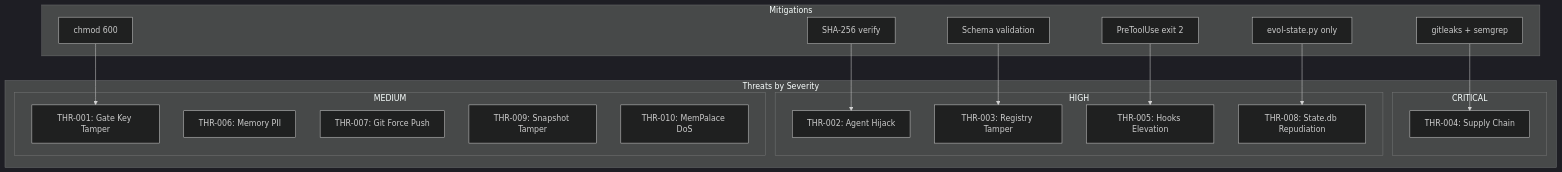
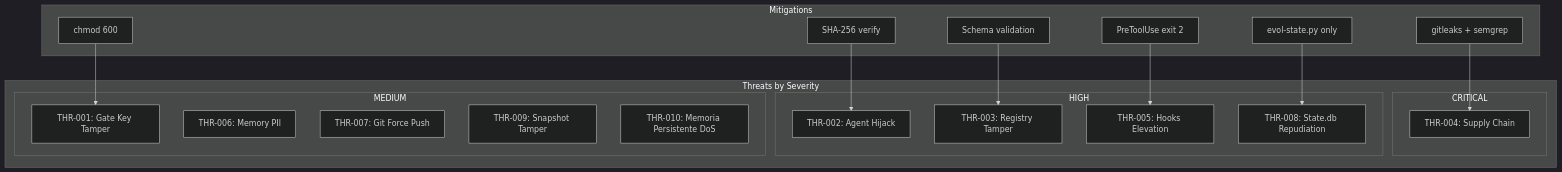
Before and after one commit to Cucholambr3ta/evol-system: the diagram in docs/seguridad/THREATS.md, drawn with Mermaid (dark theme). The commit also changed other lines of this file and 80 other files, not shown here.

````diff
--- a/docs/seguridad/THREATS.md
+++ b/docs/seguridad/THREATS.md
@@ -48,32 +48,32 @@
 ```mermaid
 graph TB
     subgraph "Threats by Severity"
         subgraph "CRITICAL"
             T4[THR-004: Supply Chain]
         end
 
         subgraph "HIGH"
             T2[THR-002: Agent Hijack]
             T3[THR-003: Registry Tamper]
             T5[THR-005: Hooks Elevation]
             T8[THR-008: State.db Repudiation]
         end
 
         subgraph "MEDIUM"
             T1[THR-001: Gate Key Tamper]
             T6[THR-006: Memory PII]
             T7[THR-007: Git Force Push]
             T9[THR-009: Snapshot Tamper]
-            T10[THR-010: MemPalace DoS]
+            T10[THR-010: Memoria Persistente DoS]
         end
     end
 
     subgraph "Mitigations"
         M4[gitleaks + semgrep] --> T4
         M2[SHA-256 verify] --> T2
         M3[Schema validation] --> T3
         M5[PreToolUse exit 2] --> T5
         M8[evol-state.py only] --> T8
         M1[chmod 600] --> T1
     end
 ```
````
